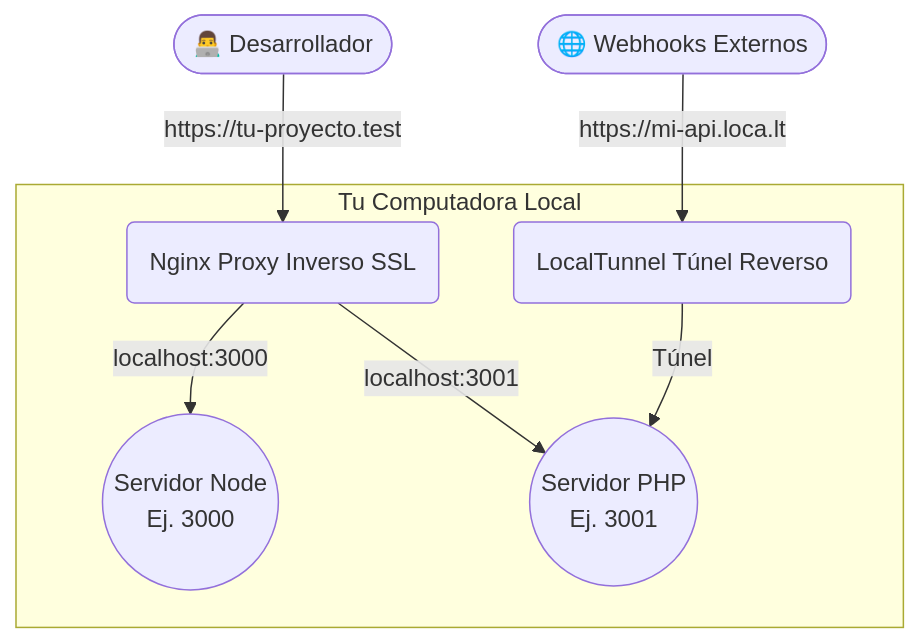
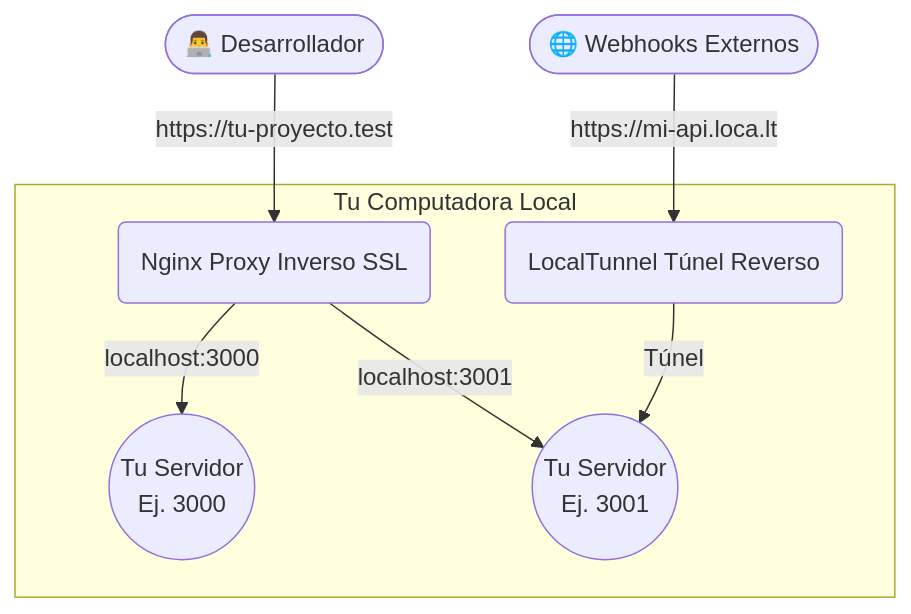
One commit to davidlomas/magicserve changed the diagram in README.es.md. Above: the diagram before and after it, drawn with Mermaid. The commit also changed other lines of this file and 4 other files, not shown here.

````diff
--- a/README.es.md
+++ b/README.es.md
@@ -83,19 +79,19 @@
 ```mermaid
 flowchart TD
     Dev([👨‍💻 Desarrollador])
     World([🌐 Webhooks Externos])
     
     subgraph Tu Computadora Local
         Nginx(Nginx Proxy Inverso SSL)
         LT(LocalTunnel Túnel Reverso)
-        Node((Servidor Node\nEj. 3000))
-        PHP((Servidor PHP\nEj. 3001))
+        Node((Tu Servidor\nEj. 3000))
+        PHP((Tu Servidor\nEj. 3001))
     end
 
     Dev -- "https://tu-proyecto.test" --> Nginx
     World -- "https://mi-api.loca.lt" --> LT
     
     Nginx -- "localhost:3000" --> Node
     Nginx -- "localhost:3001" --> PHP
     LT -- "Túnel" --> PHP
 ```
````
